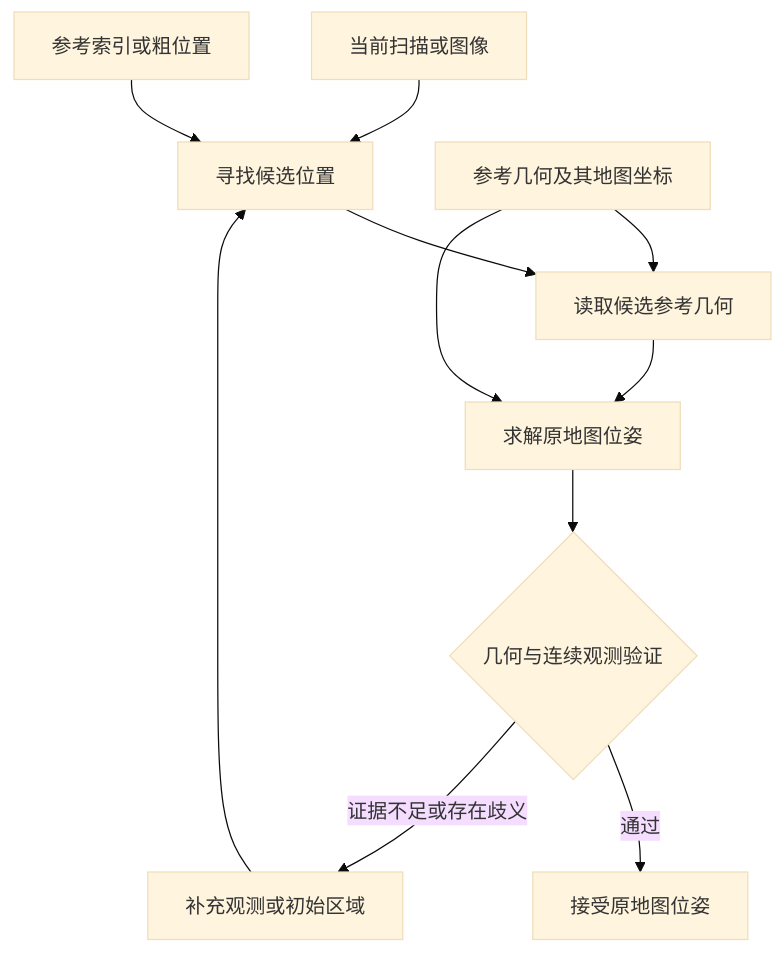
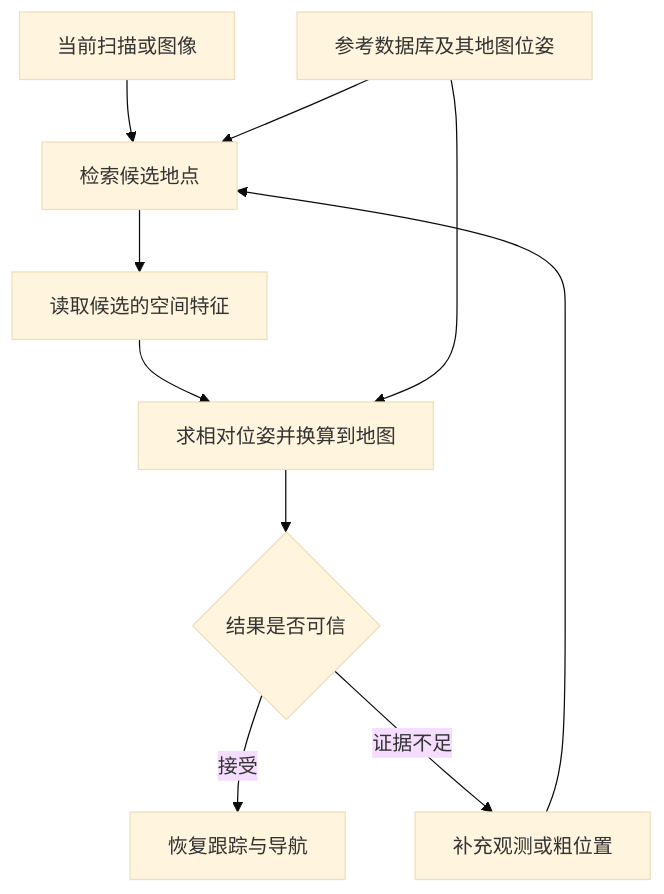
The diagram in docs/06-sensors-navigation/33-relocalization-map-dependence.md (EnosElinsa/wheeltec-ros-textbook), drawn with Mermaid (base theme) before and after one commit. The commit also changed other lines of this file and 2 other files, not shown here.

````diff
--- a/docs/06-sensors-navigation/33-relocalization-map-dependence.md
+++ b/docs/06-sensors-navigation/33-relocalization-map-dependence.md
@@ -70,13 +84,12 @@
 ```mermaid
 flowchart TD
-    A[当前扫描或图像] --> B[寻找候选位置]
-    R[参考索引或粗位置] --> B
-    B --> C[读取候选参考几何]
-    C --> D[求解原地图位姿]
-    M[参考几何及其地图坐标] --> C
-    M --> D
-    D --> E{几何与连续观测验证}
-    E -->|通过| F[接受原地图位姿]
-    E -->|证据不足或存在歧义| G[补充观测或初始区域]
+    A[当前扫描或图像] --> B[检索候选地点]
+    R[参考数据库及其地图位姿] --> B
+    B --> C[读取候选的空间特征]
+    C --> D[求相对位姿并换算到地图]
+    R --> D
+    D --> E{结果是否可信}
+    E -->|接受| F[恢复跟踪与导航]
+    E -->|证据不足| G[补充观测或粗位置]
     G --> B
 ```
````
